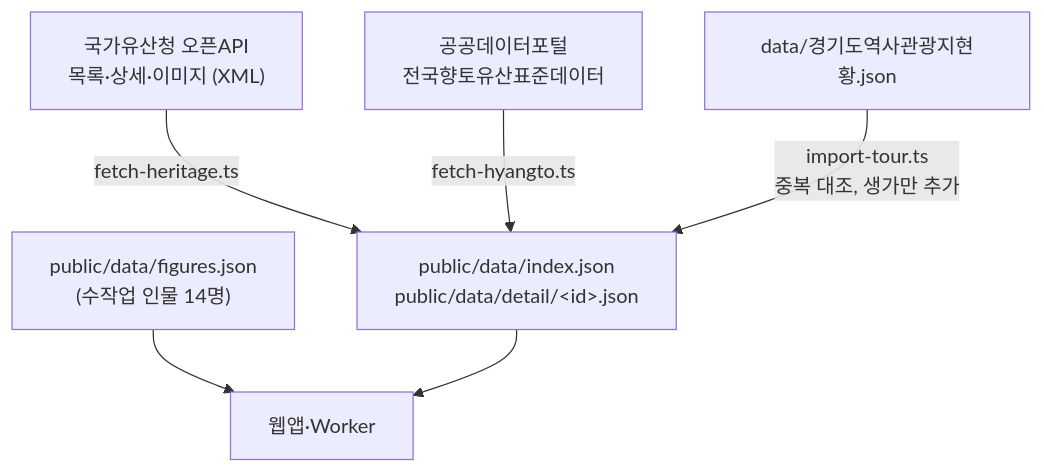
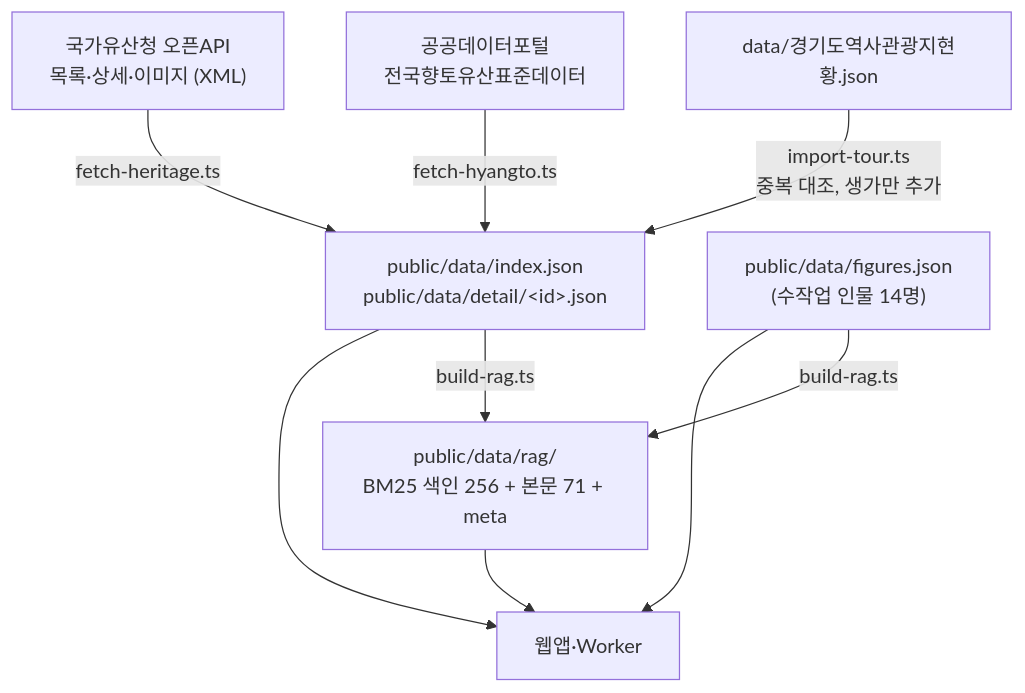
The third of 4 diagrams in README.md (Hanbyeol5/arHeritage), drawn with Mermaid before and after one commit. The commit also changed other lines of this file, not shown here.

Commit message:
README: RAG 서버 선택(내장 BM25 RAG·외부 historydam 호환) 문서화

````diff
--- a/README.md
+++ b/README.md
@@ -130,8 +135,11 @@
 ```mermaid
 flowchart TD
   A["국가유산청 오픈API<br/>목록·상세·이미지 (XML)"] -->|fetch-heritage.ts| I["public/data/index.json<br/>public/data/detail/&lt;id&gt;.json"]
   B["공공데이터포털<br/>전국향토유산표준데이터"] -->|fetch-hyangto.ts| I
   C["data/경기도역사관광지현황.json"] -->|import-tour.ts<br/>중복 대조, 생가만 추가| I
   F["public/data/figures.json<br/>(수작업 인물 14명)"] --> APP["웹앱·Worker"]
   I --> APP
+  I -->|build-rag.ts| RG["public/data/rag/<br/>BM25 색인 256 + 본문 71 + meta"]
+  F -->|build-rag.ts| RG
+  RG --> APP
 ```
````
